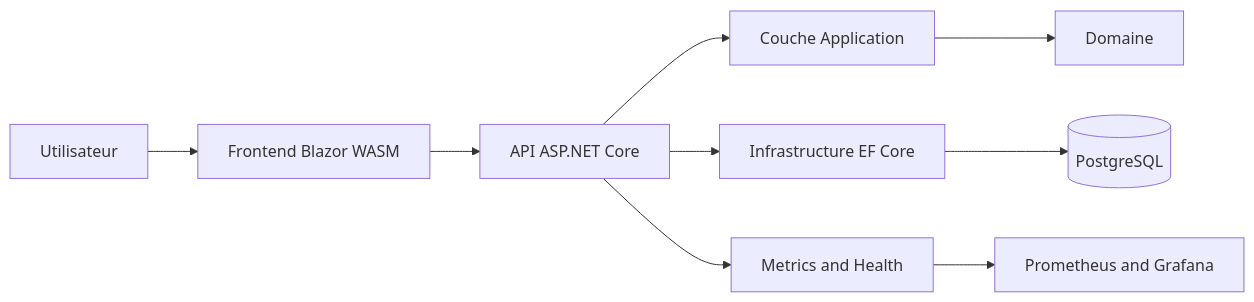
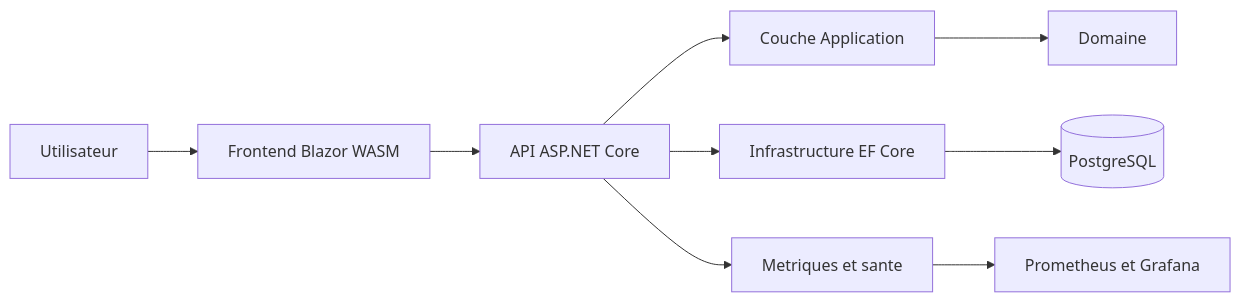
Before and after one commit to BAYRYO/AdvancedDevSample: the diagram in docs/index.md, drawn with Mermaid. The commit also changed other lines of this file and 9 other files, not shown here.

Commit message:
docs: Update documentation for clarity and completeness; enhance API, CI/CD, and operations sections with diagrams and detailed descriptions

````diff
--- a/docs/index.md
+++ b/docs/index.md
@@ -18,11 +18,11 @@
 ```mermaid
 graph LR
   U[Utilisateur] --> FE[Frontend Blazor WASM]
   FE --> API[API ASP.NET Core]
   API --> APP[Couche Application]
   APP --> DOM[Domaine]
   API --> INF[Infrastructure EF Core]
   INF --> DB[(PostgreSQL)]
-  API --> OBS[Metrics and Health]
-  OBS --> PROM[Prometheus and Grafana]
+  API --> OBS[Metriques et sante]
+  OBS --> PROM[Prometheus et Grafana]
 ```
````
